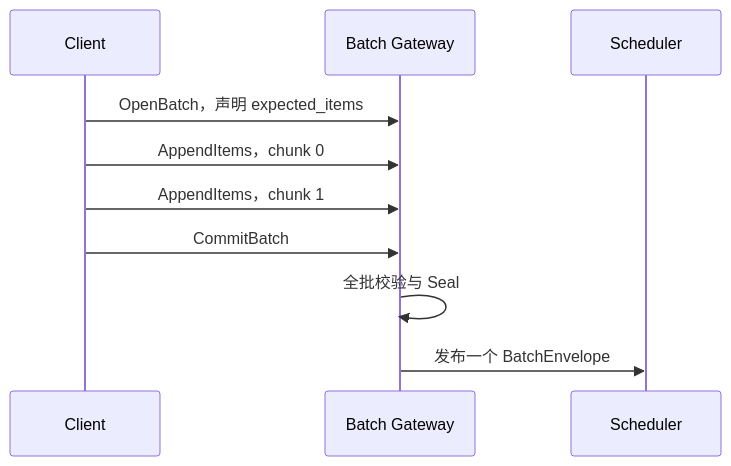
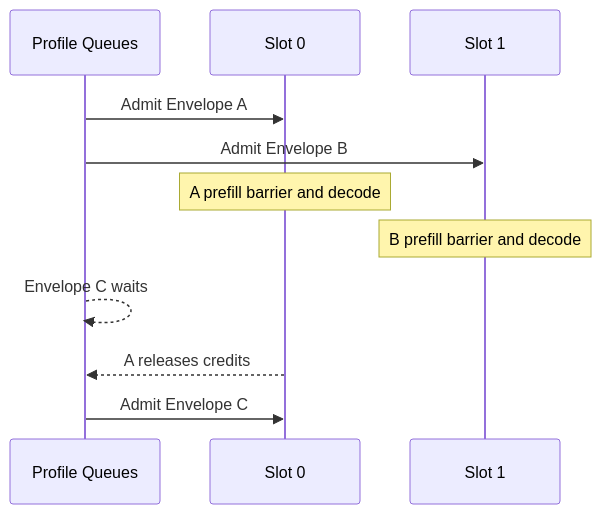
Before and after one commit to zhanghanleo10/gr-related: diagram 11 of 13 in GR/nearline_batch_scheduler_and_input_protocol_design.md, drawn with Mermaid. The commit also changed other lines of this file, not shown here.

Commit message:
Reorganize scheduler analysis around vLLM NVIDIA and xLLM

````diff
--- a/GR/nearline_batch_scheduler_and_input_protocol_design.md
+++ b/GR/nearline_batch_scheduler_and_input_protocol_design.md
@@ -724,13 +471,13 @@
 ```mermaid
 sequenceDiagram
-    participant C as Client
-    participant G as Batch Gateway
-    participant S as Scheduler
-
-    C->>G: OpenBatch，声明 expected_items
-    C->>G: AppendItems，chunk 0
-    C->>G: AppendItems，chunk 1
-    C->>G: CommitBatch
-    G->>G: 全批校验与 Seal
-    G->>S: 发布一个 BatchEnvelope
+    participant Q as Profile Queues
+    participant S0 as Slot 0
+    participant S1 as Slot 1
+    Q->>S0: Admit Envelope A
+    Q->>S1: Admit Envelope B
+    Note over S0: A prefill barrier and decode
+    Note over S1: B prefill barrier and decode
+    Q-->>Q: Envelope C waits
+    S0-->>Q: A releases credits
+    Q->>S0: Admit Envelope C
 ```
````
